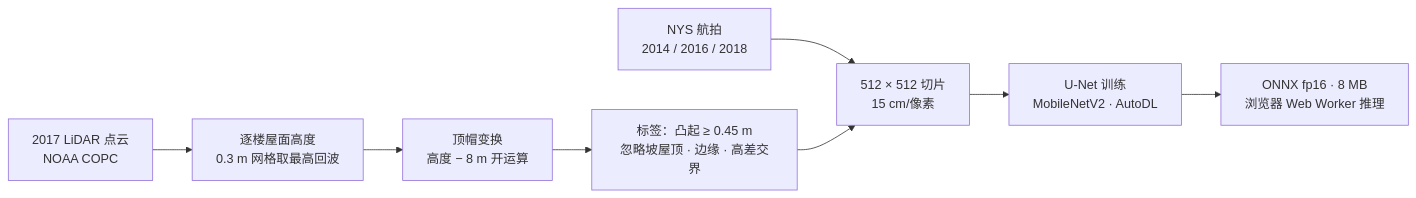
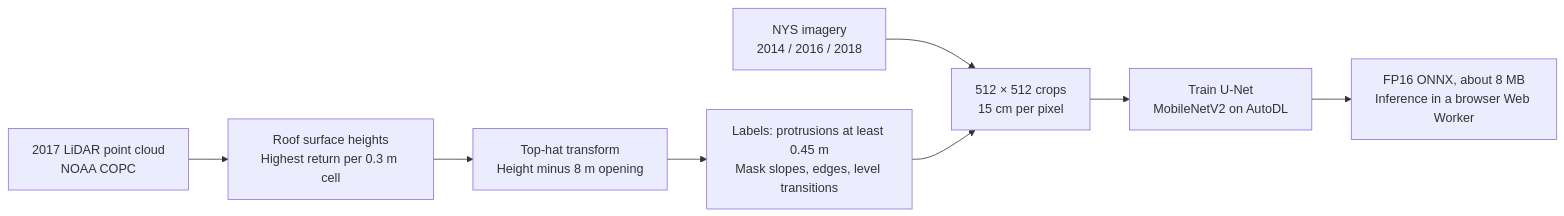
The third of 3 diagrams in README.md (BokaiHe/nyc-solar-studio), drawn with Mermaid before and after one commit. The commit also changed other lines of this file, not shown here.

````diff
--- a/README.md
+++ b/README.md
@@ -132,10 +120,10 @@
 ```mermaid
 flowchart LR
-  L["2017 LiDAR 点云<br/>NOAA COPC"] --> S["逐楼屋面高度<br/>0.3 m 网格取最高回波"]
-  S --> H["顶帽变换<br/>高度 − 8 m 开运算"]
-  H --> Y["标签：凸起 ≥ 0.45 m<br/>忽略坡屋顶 · 边缘 · 高差交界"]
-  A["NYS 航拍<br/>2014 / 2016 / 2018"] --> C["512 × 512 切片<br/>15 cm/像素"]
+  L["2017 LiDAR point cloud<br/>NOAA COPC"] --> S["Roof surface heights<br/>Highest return per 0.3 m cell"]
+  S --> H["Top-hat transform<br/>Height minus 8 m opening"]
+  H --> Y["Labels: protrusions at least 0.45 m<br/>Mask slopes, edges, level transitions"]
+  A["NYS imagery<br/>2014 / 2016 / 2018"] --> C["512 × 512 crops<br/>15 cm per pixel"]
   Y --> C
-  C --> U["U-Net 训练<br/>MobileNetV2 · AutoDL"]
-  U --> X["ONNX fp16 · 8 MB<br/>浏览器 Web Worker 推理"]
+  C --> U["Train U-Net<br/>MobileNetV2 on AutoDL"]
+  U --> X["FP16 ONNX, about 8 MB<br/>Inference in a browser Web Worker"]
 ```
````
